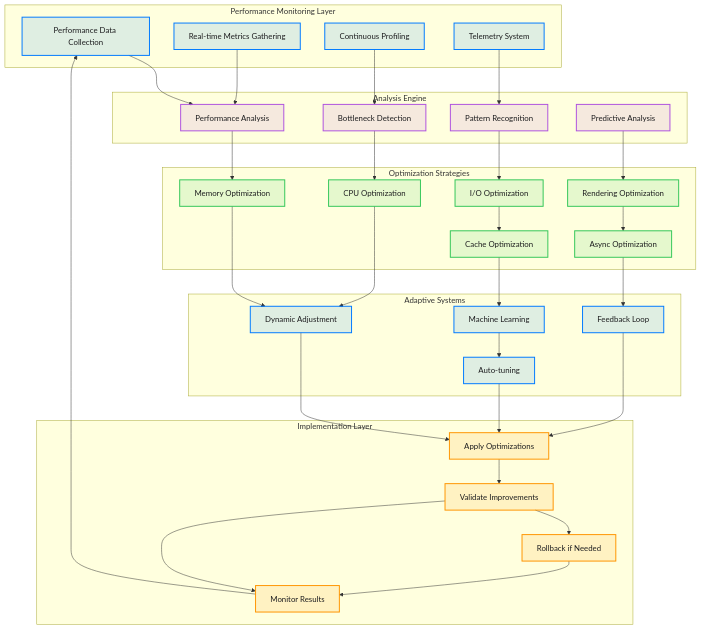
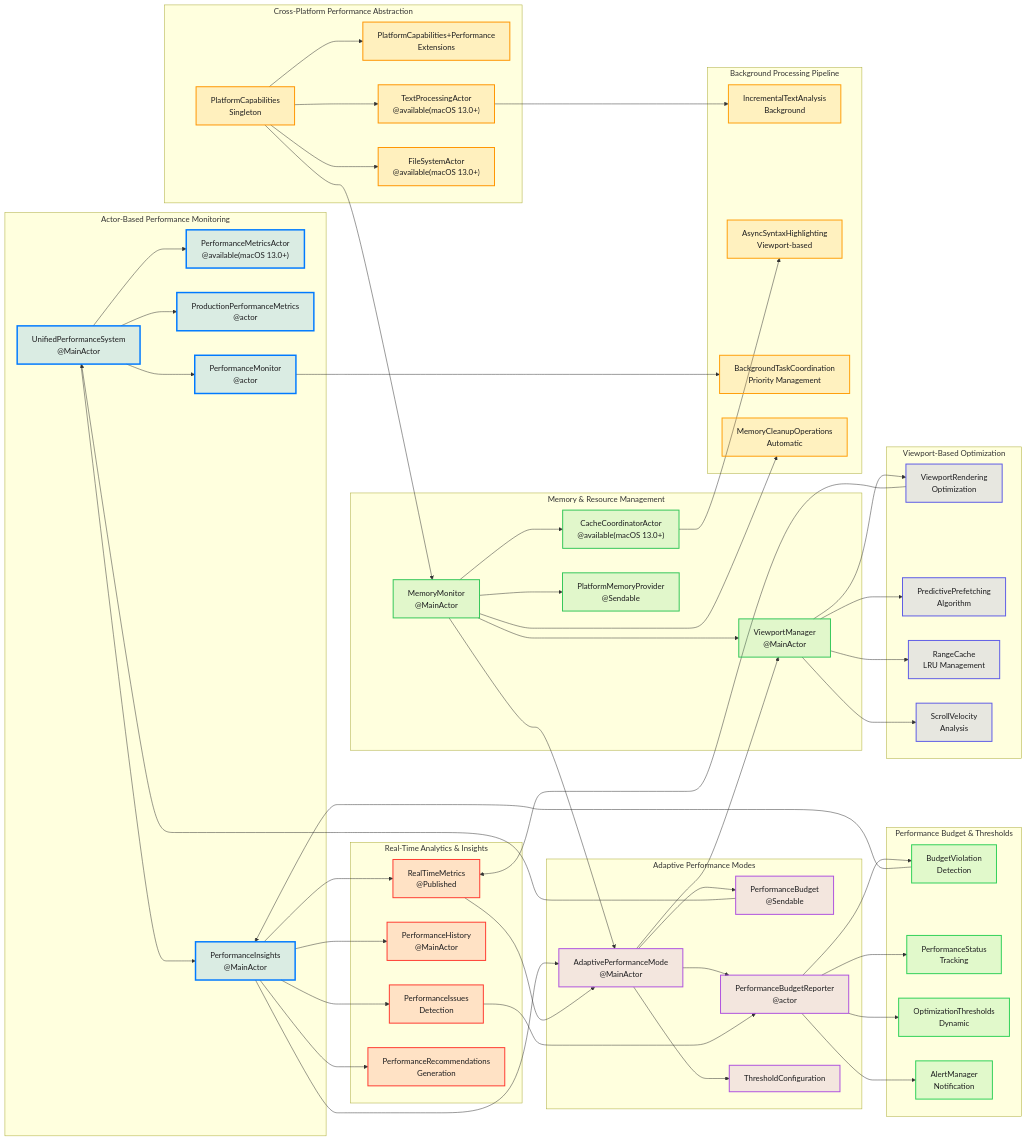
Before and after one commit to ajmcclary/CodeEditorKit: the first of 3 diagrams in Diagrams/24-performance-optimization-pipeline.md, drawn with Mermaid. The commit also changed other lines of this file and 29 other files, not shown here.

First line of the commit message:
Enhance architecture documentation and add debugging integration

````diff
--- a/Diagrams/24-performance-optimization-pipeline.md
+++ b/Diagrams/24-performance-optimization-pipeline.md
@@ -5,97 +7,129 @@
 ```mermaid
-flowchart TB
-    subgraph "Performance Monitoring Layer"
-        COLLECT[Performance Data Collection]
-        METRICS[Real-time Metrics Gathering]
-        PROFILE[Continuous Profiling]
-        TELEMETRY[Telemetry System]
+flowchart LR
+    subgraph "Actor-Based Performance Monitoring"
+        UPS["UnifiedPerformanceSystem<br/>@MainActor"]
+        PMA["PerformanceMetricsActor<br/>@available(macOS 13.0+)"]
+        PPM["ProductionPerformanceMetrics<br/>@actor"]
+        PM["PerformanceMonitor<br/>@actor"]
+        INSIGHTS["PerformanceInsights<br/>@MainActor"]
     end
     
-    subgraph "Analysis Engine"
-        ANALYZE[Performance Analysis]
-        BOTTLENECK[Bottleneck Detection]
-        PATTERN[Pattern Recognition]
-        PREDICT[Predictive Analysis]
+    subgraph "Memory & Resource Management"
+        MM["MemoryMonitor<br/>@MainActor"]
+        CCA["CacheCoordinatorActor<br/>@available(macOS 13.0+)"]
+        VM["ViewportManager<br/>@MainActor"]
+        PMP["PlatformMemoryProvider<br/>@Sendable"]
     end
     
-    subgraph "Optimization Strategies"
-        MEMORY[Memory Optimization]
-        CPU[CPU Optimization]
-        IO[I/O Optimization]
-        RENDER[Rendering Optimization]
-        CACHE[Cache Optimization]
-        ASYNC[Async Optimization]
+    subgraph "Adaptive Performance Modes"
+        APM["AdaptivePerformanceMode<br/>@MainActor"]
+        PB["PerformanceBudget<br/>@Sendable"]
+        PBR["PerformanceBudgetReporter<br/>@actor"]
+        TC[ThresholdConfiguration]
     end
     
-    subgraph "Adaptive Systems"
-        DYNAMIC[Dynamic Adjustment]
-        LEARNING[Machine Learning]
-        FEEDBACK[Feedback Loop]
-        TUNING[Auto-tuning]
+    subgraph "Cross-Platform Performance Abstraction"
+        PC[PlatformCapabilities<br/>Singleton]
+        PCPE[PlatformCapabilities+Performance<br/>Extensions]
+        TPA["TextProcessingActor<br/>@available(macOS 13.0+)"]
+        FSA["FileSystemActor<br/>@available(macOS 13.0+)"]
     end
     
-    subgraph "Implementation Layer"
-        APPLY[Apply Optimizations]
-        VALIDATE[Validate Improvements]
-        ROLLBACK[Rollback if Needed]
-        MONITOR[Monitor Results]
+    subgraph "Real-Time Analytics & Insights"
+        RTM["RealTimeMetrics<br/>@Published"]
+        PH["PerformanceHistory<br/>@MainActor"]
+        PI[PerformanceIssues<br/>Detection]
+        PR[PerformanceRecommendations<br/>Generation]
     end
     
-    COLLECT --> ANALYZE
-    METRICS --> ANALYZE
-    PROFILE --> BOTTLENECK
-    TELEMETRY --> PATTERN
+    subgraph "Performance Budget & Thresholds"
+        BV[BudgetViolation<br/>Detection]
+        PST[PerformanceStatus<br/>Tracking]
+        OT[OptimizationThresholds<br/>Dynamic]
+        AM[AlertManager<br/>Notification]
+    end
     
-    ANALYZE --> MEMORY
-    BOTTLENECK --> CPU
-    PATTERN --> IO
-    PREDICT --> RENDER
+    subgraph "Viewport-Based Optimization"
+        VR[ViewportRendering<br/>Optimization]
+        PP[PredictivePrefetching<br/>Algorithm]
+        RC[RangeCache<br/>LRU Management]
+        SV[ScrollVelocity<br/>Analysis]
+    end
     
-    MEMORY --> DYNAMIC
-    CPU --> DYNAMIC
-    IO --> CACHE
-    RENDER --> ASYNC
-    CACHE --> LEARNING
-    ASYNC --> FEEDBACK
+    subgraph "Background Processing Pipeline"
+        ITA[IncrementalTextAnalysis<br/>Background]
+        ASH[AsyncSyntaxHighlighting<br/>Viewport-based]
+        BTC[BackgroundTaskCoordination<br/>Priority Management]
+        MCO[MemoryCleanupOperations<br/>Automatic]
+    end
     
-    DYNAMIC --> APPLY
-    LEARNING --> TUNING
-    FEEDBACK --> APPLY
-    TUNING --> APPLY
+    %% Data Flow Connections
+    UPS --> PMA
+    UPS --> PPM
+    UPS --> PM
+    UPS --> INSIGHTS
     
-    APPLY --> VALIDATE
-    VALIDATE --> ROLLBACK
-    VALIDATE --> MONITOR
-    ROLLBACK --> MONITOR
-    MONITOR --> COLLECT
+    MM --> CCA
+    MM --> VM
+    MM --> PMP
     
-    %% Styling - Dark mode friendly colors
-    classDef monitoring fill:#007AFF20,stroke:#007AFF,stroke-width:2px,color:#1D1D1F
-    classDef analysis fill:#AF52DE20,stroke:#AF52DE,stroke-width:2px,color:#1D1D1F
-    classDef optimization fill:#34C75920,stroke:#34C759,stroke-width:2px,color:#1D1D1F
-    classDef adaptive fill:#007AFF20,stroke:#007AFF,stroke-width:2px,color:#1D1D1F
-    classDef implementation fill:#FF950020,stroke:#FF9500,stroke-width:2px,color:#1D1D1F
+    APM --> PB
+    APM --> PBR
+    APM --> TC
     
-    class COLLECT monitoring
-    class METRICS monitoring
-    class PROFILE monitoring
-    class TELEMETRY monitoring
-    class ANALYZE analysis
-    class BOTTLENECK analysis
-    class PATTERN analysis
-    class PREDICT analysis
-    class MEMORY optimization
-    class CPU optimization
-    class IO optimization
-    class RENDER optimization
-    class CACHE optimization
-    class ASYNC optimization
-    class DYNAMIC adaptive
-    class LEARNING adaptive
-    class FEEDBACK adaptive
-    class TUNING adaptive
-    class APPLY implementation
-    class VALIDATE implementation
-    class ROLLBACK implementation
-    class MONITOR implementation
+    PC --> PCPE
+    PC --> TPA
+    PC --> FSA
+    
+    INSIGHTS --> RTM
+    INSIGHTS --> PH
+    INSIGHTS --> PI
+    INSIGHTS --> PR
+    
+    PBR --> BV
+    PBR --> PST
+    PBR --> OT
+    PBR --> AM
+    
+    VM --> VR
+    VM --> PP
+    VM --> RC
+    VM --> SV
+    
+    TPA --> ITA
+    CCA --> ASH
+    PM --> BTC
+    MM --> MCO
+    
+    %% Cross-layer Integration
+    APM --> VM
+    MM --> APM
+    PC --> MM
+    PB --> UPS
+    INSIGHTS --> APM
+    
+    %% Performance Feedback Loops
+    RTM --> APM
+    PI --> PBR
+    BV --> INSIGHTS
+    VR --> RTM
+    
+    %% Styling - Modern actor-based system colors
+    classDef actorSystem fill:#007AFF25,stroke:#007AFF,stroke-width:3px,color:#1D1D1F
+    classDef memorySystem fill:#34C75925,stroke:#34C759,stroke-width:2px,color:#1D1D1F
+    classDef adaptiveSystem fill:#AF52DE25,stroke:#AF52DE,stroke-width:2px,color:#1D1D1F
+    classDef platformSystem fill:#FF950025,stroke:#FF9500,stroke-width:2px,color:#1D1D1F
+    classDef analyticsSystem fill:#FF3B3025,stroke:#FF3B30,stroke-width:2px,color:#1D1D1F
+    classDef budgetSystem fill:#30D15825,stroke:#30D158,stroke-width:2px,color:#1D1D1F
+    classDef viewportSystem fill:#5E5CE625,stroke:#5E5CE6,stroke-width:2px,color:#1D1D1F
+    classDef backgroundSystem fill:#FF9F0A25,stroke:#FF9F0A,stroke-width:2px,color:#1D1D1F
+    
+    class UPS,PMA,PPM,PM,INSIGHTS actorSystem
+    class MM,CCA,VM,PMP memorySystem
+    class APM,PB,PBR,TC adaptiveSystem
+    class PC,PCPE,TPA,FSA platformSystem
+    class RTM,PH,PI,PR analyticsSystem
+    class BV,PST,OT,AM budgetSystem
+    class VR,PP,RC,SV viewportSystem
+    class ITA,ASH,BTC,MCO backgroundSystem
 ```
````
